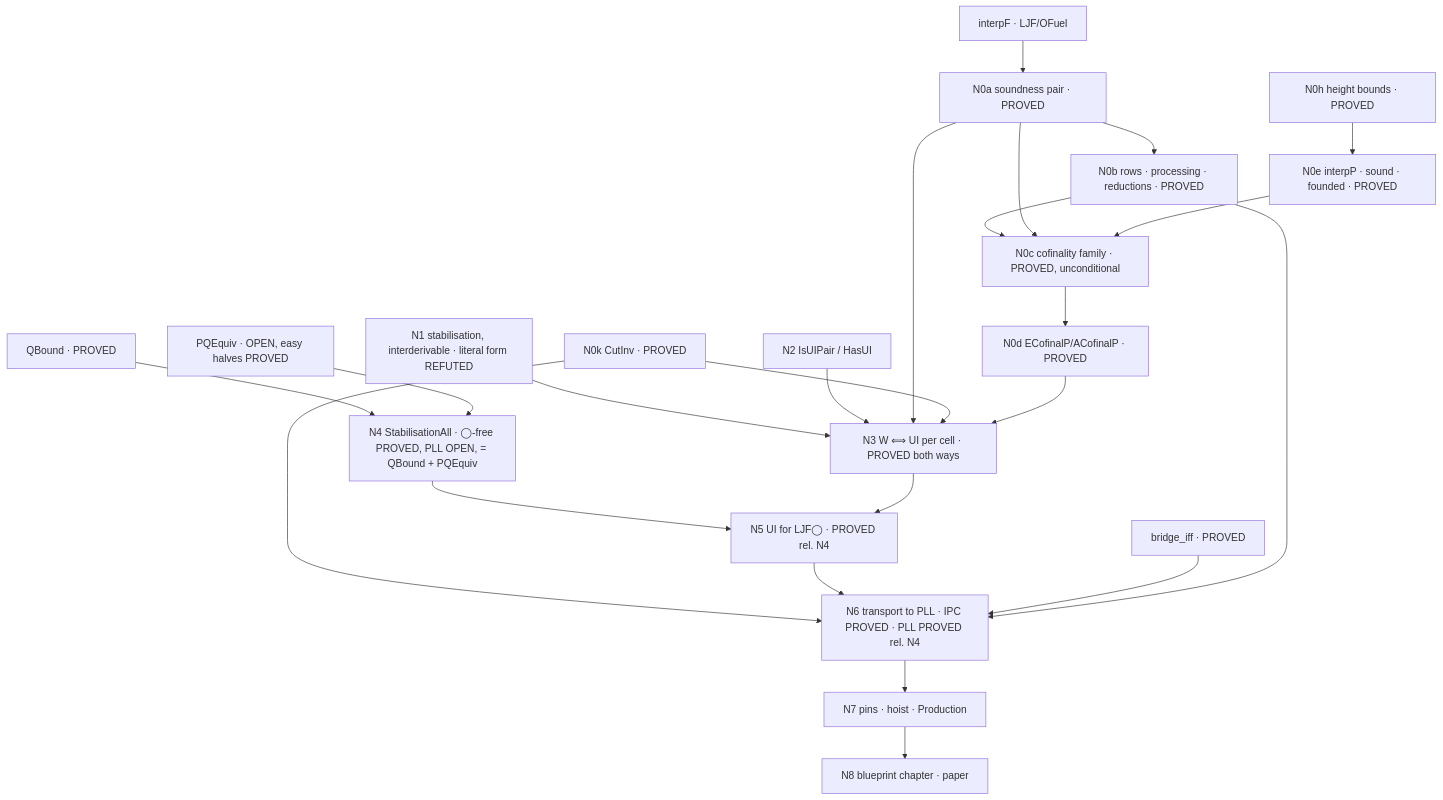
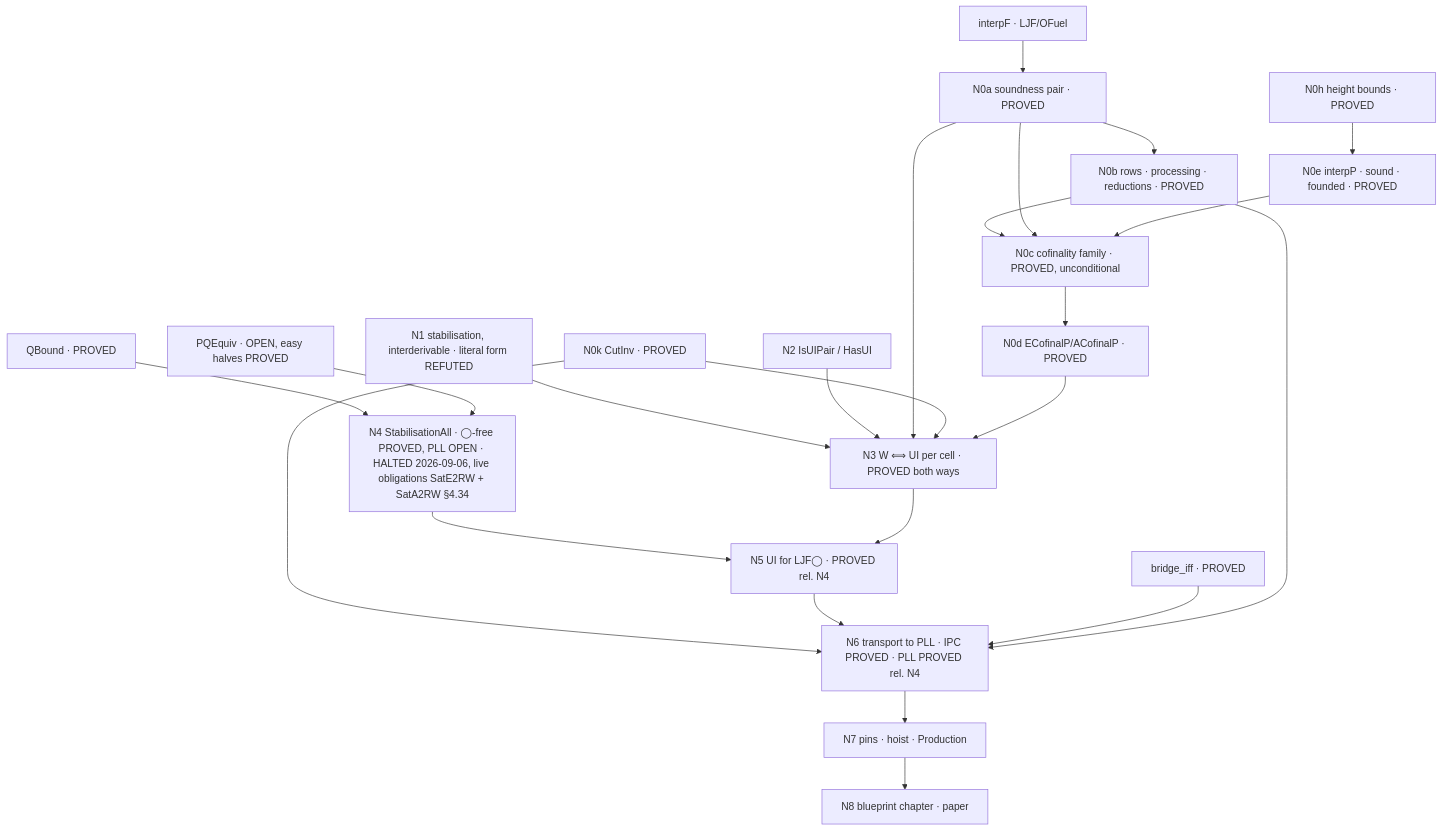
The diagram in docs/ui-routeB-blueprint.md (fairflow/lax-logic-in-lean), drawn with Mermaid before and after one commit. The commit also changed other lines of this file and 3 other files, not shown here.

````diff
--- a/docs/ui-routeB-blueprint.md
+++ b/docs/ui-routeB-blueprint.md
@@ -88,25 +88,25 @@
 ```mermaid
 graph TD
   interpF[interpF · LJF/OFuel] --> N0a[N0a soundness pair · PROVED]
   N0a --> N0b[N0b rows · processing · reductions · PROVED]
   N0b --> N0c[N0c cofinality family · PROVED, unconditional]
   N0a --> N0c
   H[N0h height bounds · PROVED] --> N0e[N0e interpP · sound · founded · PROVED]
   N0e --> N0c
   N0c --> N0d[N0d ECofinalP/ACofinalP · PROVED]
   N1[N1 stabilisation, interderivable · literal form REFUTED] --> N3
   N2[N2 IsUIPair / HasUI] --> N3
   N0a --> N3[N3 W ⟺ UI per cell · PROVED both ways]
   K[N0k CutInv · PROVED] --> N3
   K --> N6
   N0d --> N3
   Q[QBound · PROVED] --> N4
   PQ[PQEquiv · OPEN, easy halves PROVED] --> N4
-  N4[N4 StabilisationAll · ◯-free PROVED, PLL OPEN, = QBound + PQEquiv] --> N5[N5 UI for LJF◯ · PROVED rel. N4]
+  N4[N4 StabilisationAll · ◯-free PROVED, PLL OPEN · HALTED 2026-09-06, live obligations SatE2RW + SatA2RW §4.34] --> N5[N5 UI for LJF◯ · PROVED rel. N4]
   N3 --> N5
   N5 --> N6[N6 transport to PLL · IPC PROVED · PLL PROVED rel. N4]
   B[bridge_iff · PROVED] --> N6
   N0b --> N6
   N6 --> N7[N7 pins · hoist · Production]
   N7 --> N8[N8 blueprint chapter · paper]
 ```
````
